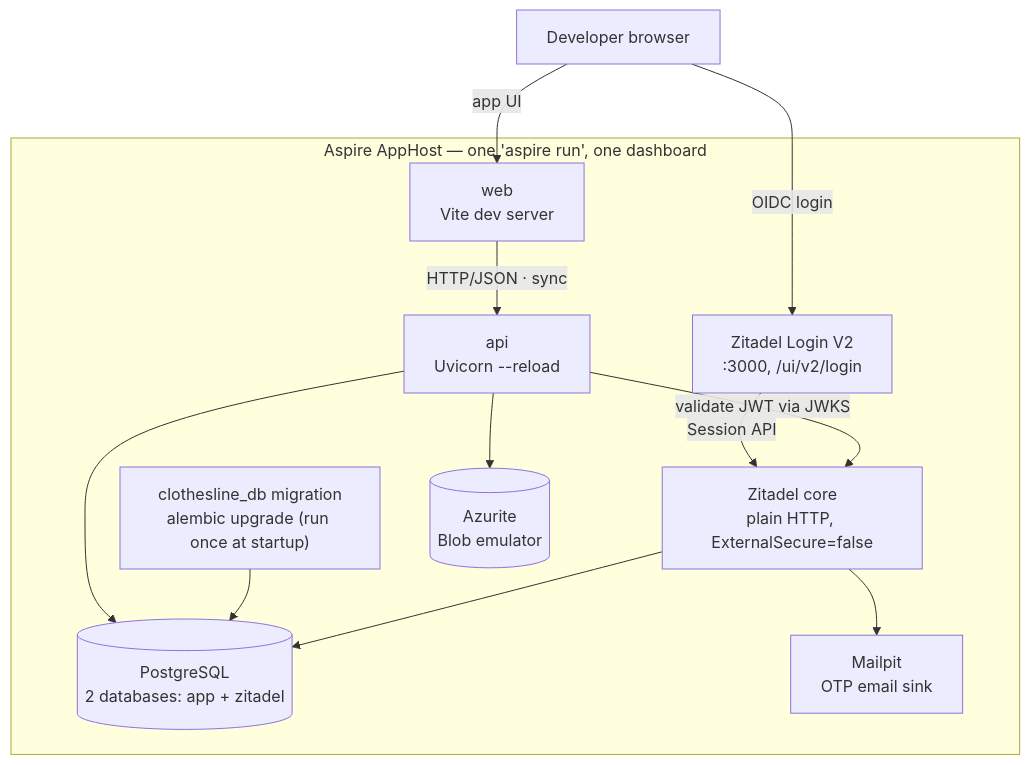
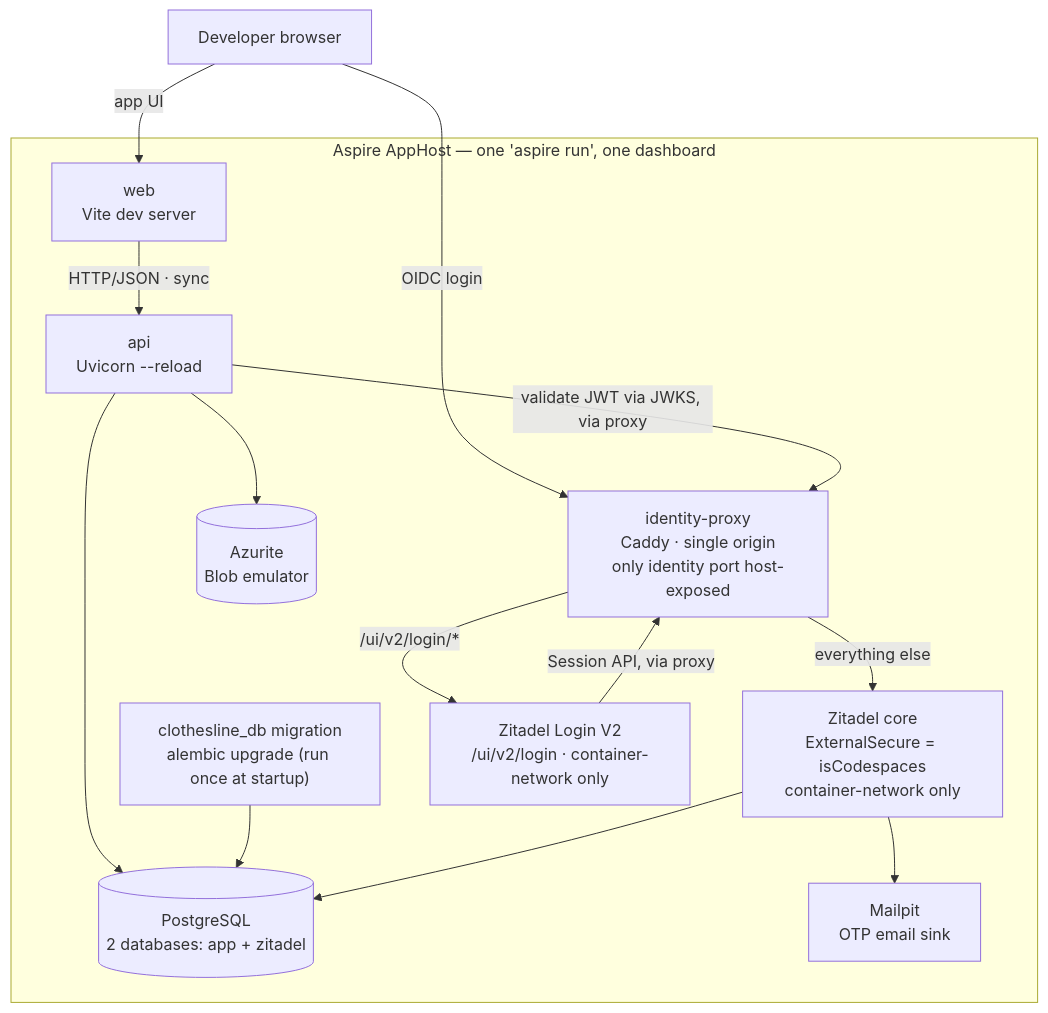
Before and after one commit to quennethks/clothesline: the first of 3 diagrams in specs/01-mvp/technical-implementation-spec.md, drawn with Mermaid. The commit also changed other lines of this file and 4 other files, not shown here.

First line of the commit message:
fix: local dev sign-in under GitHub Codespaces + Login V2 same-origin bug

````diff
--- a/specs/01-mvp/technical-implementation-spec.md
+++ b/specs/01-mvp/technical-implementation-spec.md
@@ -44,26 +48,29 @@
 ```mermaid
 flowchart TB
     dev["Developer browser"]
 
     subgraph host["Aspire AppHost — one 'aspire run', one dashboard"]
         web["web<br/>Vite dev server"]
         api["api<br/>Uvicorn --reload"]
         mig["clothesline_db migration<br/>alembic upgrade (run once at startup)"]
-        zitadel["Zitadel core<br/>plain HTTP, ExternalSecure=false"]
-        loginv2["Zitadel Login V2<br/>:3000, /ui/v2/login"]
+        proxy["identity-proxy<br/>Caddy · single origin<br/>only identity port host-exposed"]
+        zitadel["Zitadel core<br/>ExternalSecure = isCodespaces<br/>container-network only"]
+        loginv2["Zitadel Login V2<br/>/ui/v2/login · container-network only"]
         pg[("PostgreSQL<br/>2 databases: app + zitadel")]
         azurite[("Azurite<br/>Blob emulator")]
         mailpit["Mailpit<br/>OTP email sink"]
     end
 
     dev -->|app UI| web
-    dev -->|OIDC login| loginv2
-    loginv2 -->|Session API| zitadel
+    dev -->|OIDC login| proxy
+    proxy -->|"/ui/v2/login/*"| loginv2
+    proxy -->|everything else| zitadel
+    loginv2 -->|Session API, via proxy| proxy
     web -->|HTTP/JSON · sync| api
-    api -->|validate JWT via JWKS| zitadel
+    api -->|validate JWT via JWKS, via proxy| proxy
     api --> pg
     api --> azurite
     mig --> pg
     zitadel --> pg
     zitadel --> mailpit
 ```
````
